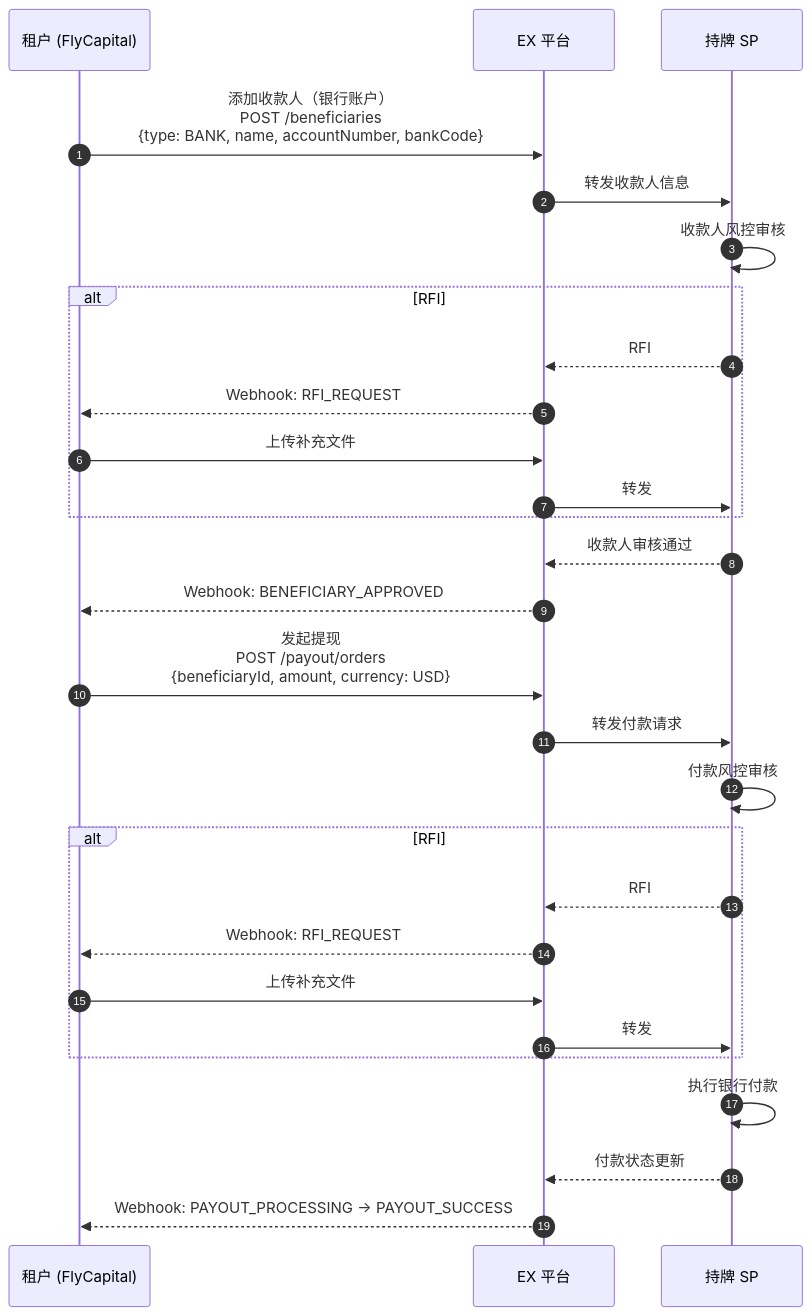
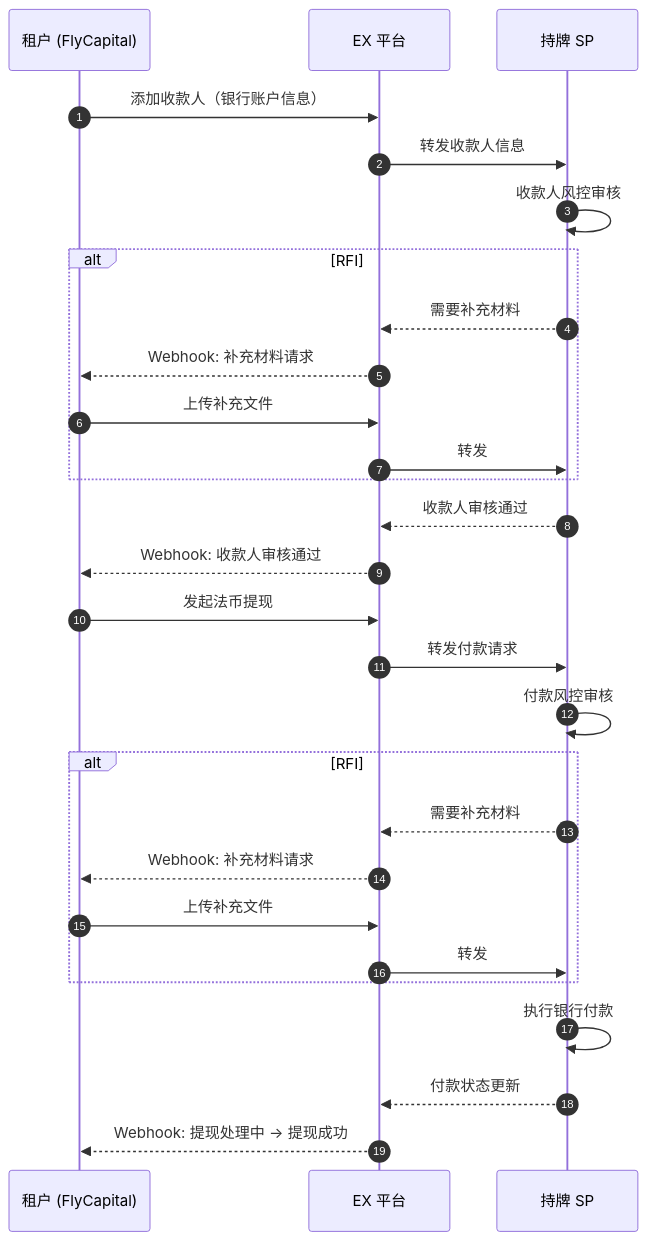
Before and after one commit to xiaoxiaoangie/EX-NEW: the seventh of 9 diagrams in Solutions/solutions/API-SOLUTION/ex-API-onofframp-solution.md, drawn with Mermaid. The commit also changed other lines of this file and 18 other files, not shown here.

````diff
--- a/Solutions/solutions/API-SOLUTION/ex-API-onofframp-solution.md
+++ b/Solutions/solutions/API-SOLUTION/ex-API-onofframp-solution.md
@@ -310,32 +317,32 @@
 ```mermaid
 sequenceDiagram
     autonumber
     participant T as 租户 (FlyCapital)
     participant EX as EX 平台
     participant SP as 持牌 SP
 
-    T->>EX: 添加收款人（银行账户）<br/>POST /beneficiaries<br/>{type: BANK, name, accountNumber, bankCode}
+    T->>EX: 添加收款人（银行账户信息）
     EX->>SP: 转发收款人信息
     SP->>SP: 收款人风控审核
     alt RFI
-        SP-->>EX: RFI
-        EX-->>T: Webhook: RFI_REQUEST
+        SP-->>EX: 需要补充材料
+        EX-->>T: Webhook: 补充材料请求
         T->>EX: 上传补充文件
         EX->>SP: 转发
     end
     SP-->>EX: 收款人审核通过
-    EX-->>T: Webhook: BENEFICIARY_APPROVED
+    EX-->>T: Webhook: 收款人审核通过
 
-    T->>EX: 发起提现<br/>POST /payout/orders<br/>{beneficiaryId, amount, currency: USD}
+    T->>EX: 发起法币提现
     EX->>SP: 转发付款请求
     SP->>SP: 付款风控审核
     alt RFI
-        SP-->>EX: RFI
-        EX-->>T: Webhook: RFI_REQUEST
+        SP-->>EX: 需要补充材料
+        EX-->>T: Webhook: 补充材料请求
         T->>EX: 上传补充文件
         EX->>SP: 转发
     end
     SP->>SP: 执行银行付款
     SP-->>EX: 付款状态更新
-    EX-->>T: Webhook: PAYOUT_PROCESSING → PAYOUT_SUCCESS
+    EX-->>T: Webhook: 提现处理中 → 提现成功
 ```
````
